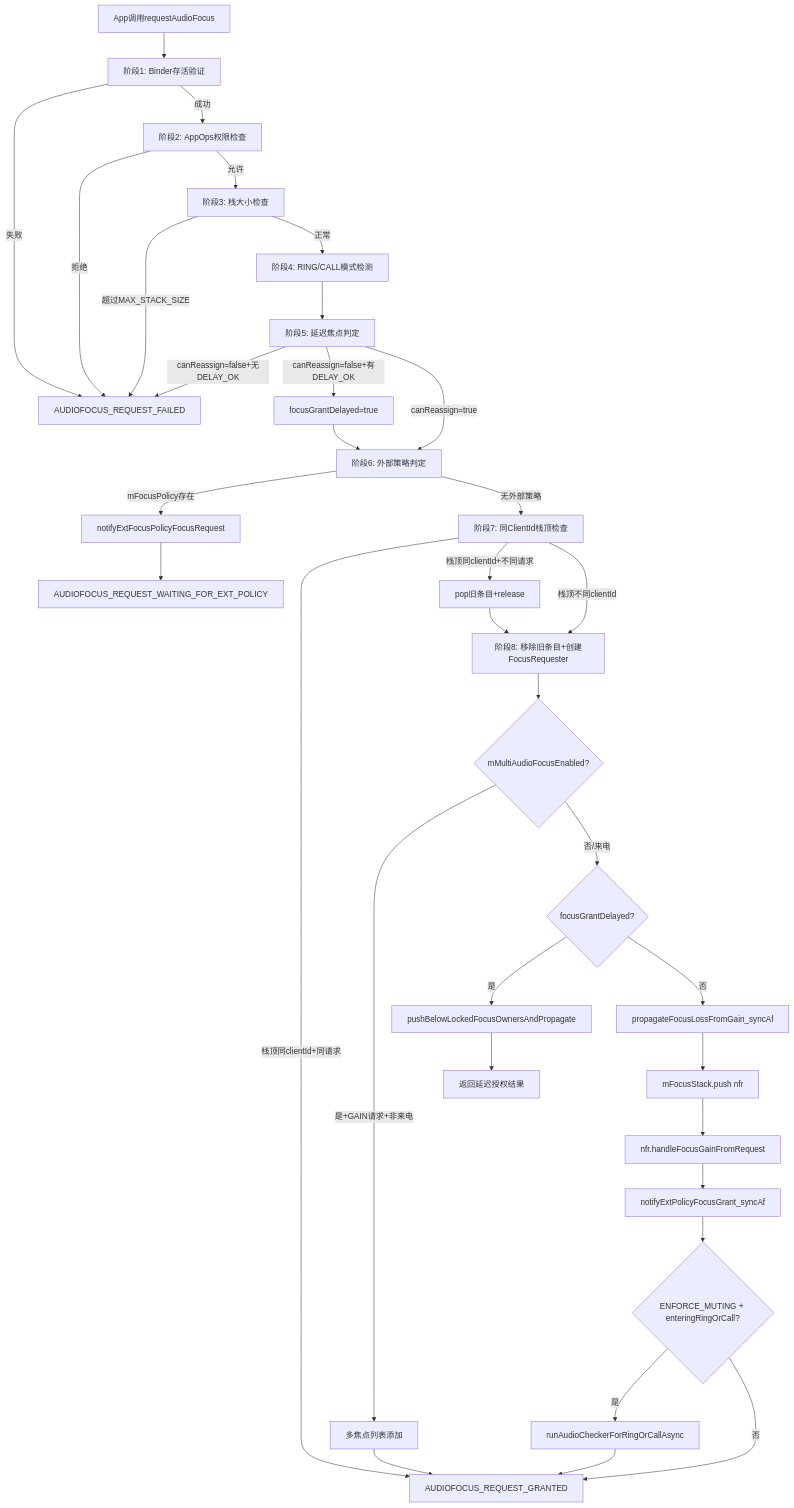
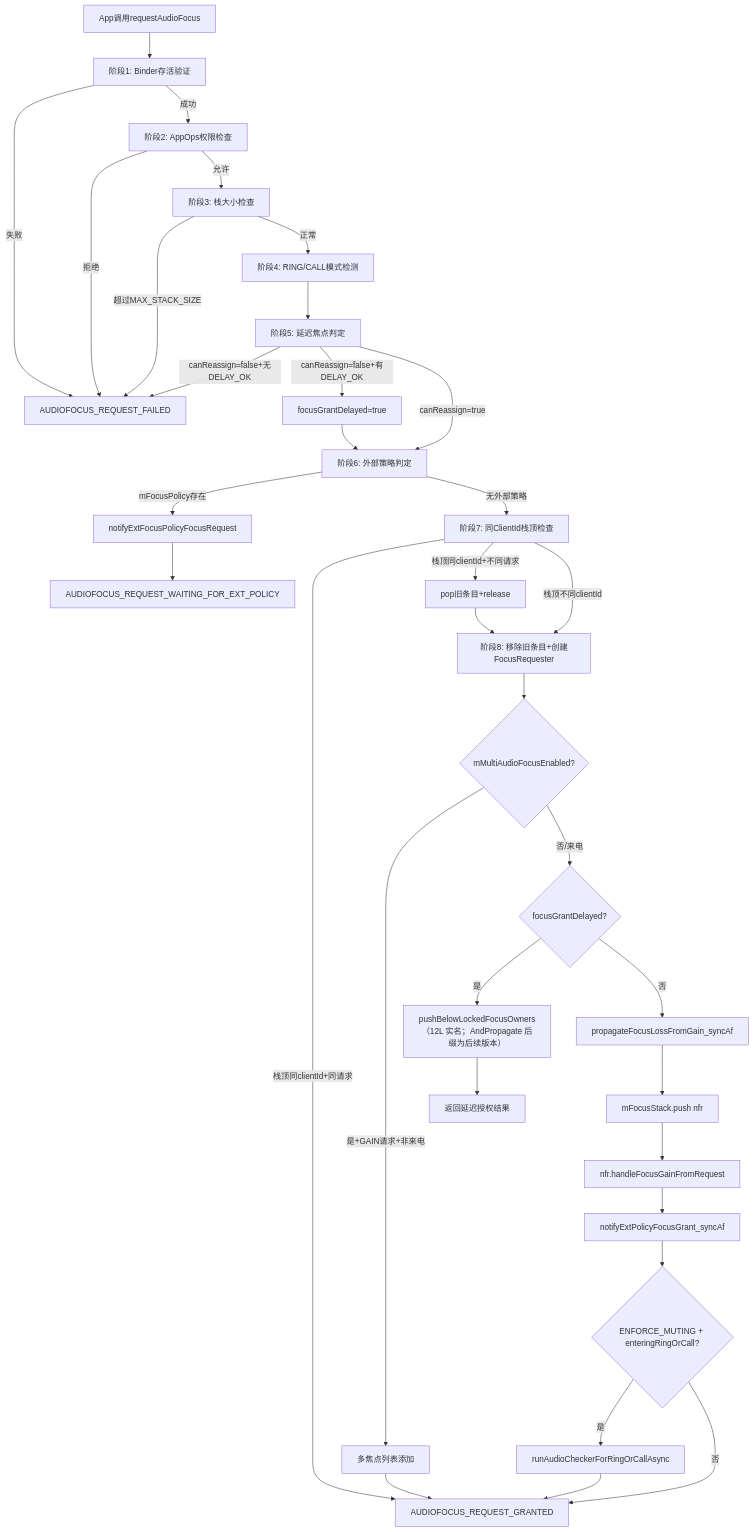
Before and after one commit to yanglinzhen1022/SA8295_AAOS_QNX_Audio_KnowledgeBase: the first of 3 diagrams in 12_Audio_Focus_Deep_Dive/12_12.3_requestAudioFocus完整流程.md, drawn with Mermaid. The commit also changed other lines of this file and 58 other files, not shown here.

````diff
--- a/12_Audio_Focus_Deep_Dive/12_12.3_requestAudioFocus完整流程.md
+++ b/12_Audio_Focus_Deep_Dive/12_12.3_requestAudioFocus完整流程.md
@@ -11,36 +11,36 @@
 ```mermaid
 flowchart TB
     START[App调用requestAudioFocus] --> PH1[阶段1: Binder存活验证]
     PH1 -->|失败| FAIL[AUDIOFOCUS_REQUEST_FAILED]
     PH1 -->|成功| PH2[阶段2: AppOps权限检查]
     PH2 -->|拒绝| FAIL
     PH2 -->|允许| PH3[阶段3: 栈大小检查]
     PH3 -->|超过MAX_STACK_SIZE| FAIL
     PH3 -->|正常| PH4[阶段4: RING/CALL模式检测]
     PH4 --> PH5[阶段5: 延迟焦点判定]
     PH5 -->|canReassign=false+无DELAY_OK| FAIL
     PH5 -->|canReassign=false+有DELAY_OK| PH5B[focusGrantDelayed=true]
     PH5 -->|canReassign=true| PH6[阶段6: 外部策略判定]
     PH5B --> PH6
     PH6 -->|mFocusPolicy存在| EXTPOL[notifyExtFocusPolicyFocusRequest]
     EXTPOL --> WAIT[AUDIOFOCUS_REQUEST_WAITING_FOR_EXT_POLICY]
     PH6 -->|无外部策略| PH7[阶段7: 同ClientId栈顶检查]
     PH7 -->|栈顶同clientId+同请求| GRANT[AUDIOFOCUS_REQUEST_GRANTED]
     PH7 -->|栈顶同clientId+不同请求| POP[pop旧条目+release]
     PH7 -->|栈顶不同clientId| PH8[阶段8: 移除旧条目+创建FocusRequester]
     POP --> PH8
     PH8 --> PH9A{mMultiAudioFocusEnabled?}
     PH9A -->|是+GAIN请求+非来电| MULTI[多焦点列表添加]
     MULTI --> GRANT
     PH9A -->|否/来电| PH9B{focusGrantDelayed?}
-    PH9B -->|是| PUSHBELOW[pushBelowLockedFocusOwnersAndPropagate]
+    PH9B -->|是| PUSHBELOW[pushBelowLockedFocusOwners（12L 实名；AndPropagate 后缀为后续版本）]
     PUSHBELOW --> RESULT1[返回延迟授权结果]
     PH9B -->|否| PROP[propagateFocusLossFromGain_syncAf]
     PROP --> PUSH[mFocusStack.push nfr]
     PUSH --> HANDLEGAIN[nfr.handleFocusGainFromRequest]
     HANDLEGAIN --> NOTIFY[notifyExtPolicyFocusGrant_syncAf]
     NOTIFY --> MUTECHECK{ENFORCE_MUTING + enteringRingOrCall?}
     MUTECHECK -->|是| MUTE[runAudioCheckerForRingOrCallAsync]
     MUTECHECK -->|否| GRANT
     MUTE --> GRANT
 ```
````
